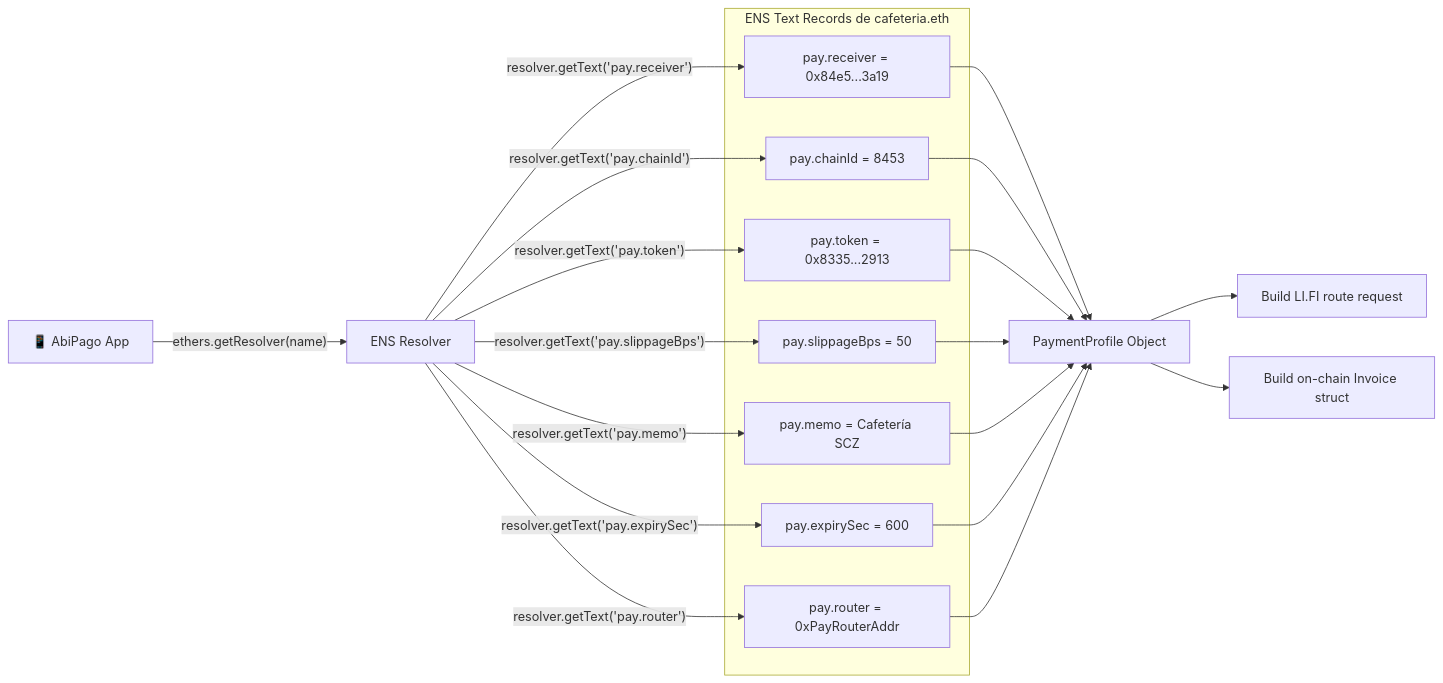
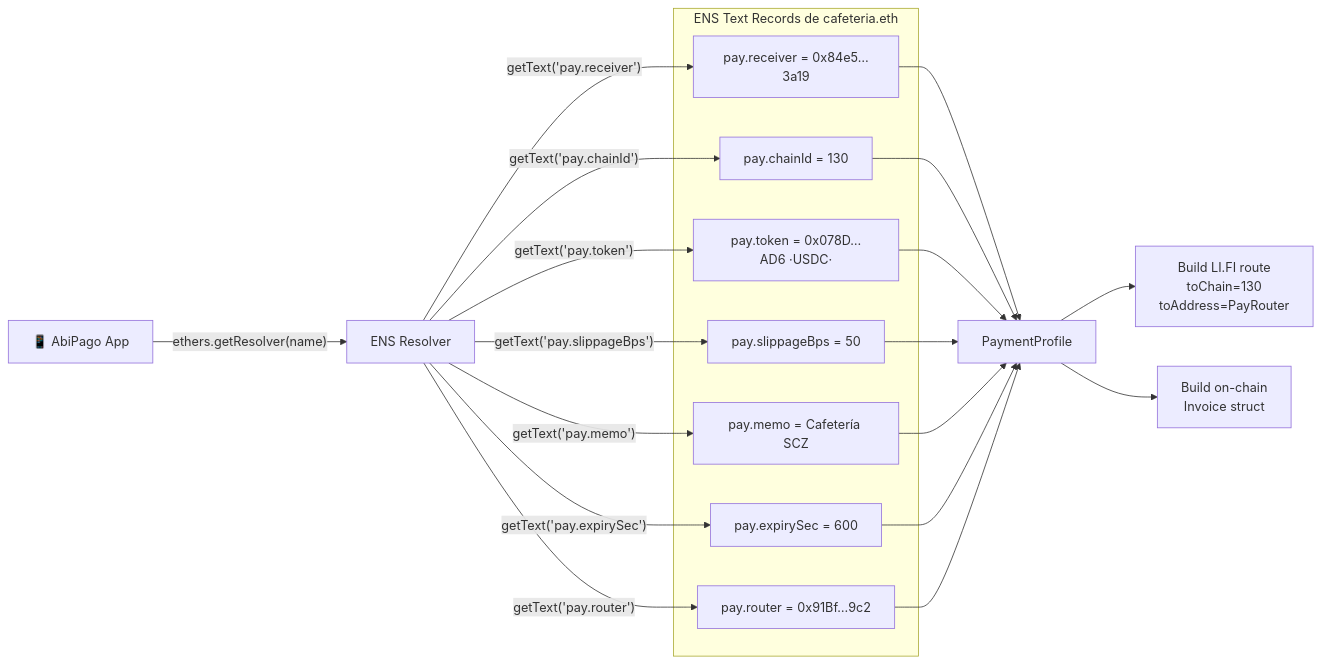
One commit to danelerr/htm-abipago changed the seventh of 11 diagrams in docs/architecture.md. Above: the diagram before and after it, drawn with Mermaid. The commit also changed other lines of this file, not shown here.

Commit message:
add architecture diagrams

````diff
--- a/docs/architecture.md
+++ b/docs/architecture.md
@@ -229,33 +355,33 @@
 ```mermaid
 graph LR
     subgraph "ENS Text Records de cafeteria.eth"
-        R1["pay.receiver = 0x84e5...3a19"]
-        R2["pay.chainId = 8453"]
-        R3["pay.token = 0x8335...2913"]
+        R1["pay.receiver = 0x84e5…3a19"]
+        R2["pay.chainId = 130"]
+        R3["pay.token = 0x078D…AD6 ·USDC·"]
         R4["pay.slippageBps = 50"]
         R5["pay.memo = Cafetería SCZ"]
         R6["pay.expirySec = 600"]
-        R7["pay.router = 0xPayRouterAddr"]
+        R7["pay.router = 0x91Bf…9c2"]
     end
 
     APP["📱 AbiPago App"]
     APP -->|"ethers.getResolver(name)"| RESOLVER["ENS Resolver"]
-    RESOLVER -->|"resolver.getText('pay.receiver')"| R1
-    RESOLVER -->|"resolver.getText('pay.chainId')"| R2
-    RESOLVER -->|"resolver.getText('pay.token')"| R3
-    RESOLVER -->|"resolver.getText('pay.slippageBps')"| R4
-    RESOLVER -->|"resolver.getText('pay.memo')"| R5
-    RESOLVER -->|"resolver.getText('pay.expirySec')"| R6
-    RESOLVER -->|"resolver.getText('pay.router')"| R7
+    RESOLVER -->|"getText('pay.receiver')"| R1
+    RESOLVER -->|"getText('pay.chainId')"| R2
+    RESOLVER -->|"getText('pay.token')"| R3
+    RESOLVER -->|"getText('pay.slippageBps')"| R4
+    RESOLVER -->|"getText('pay.memo')"| R5
+    RESOLVER -->|"getText('pay.expirySec')"| R6
+    RESOLVER -->|"getText('pay.router')"| R7
 
-    R1 --> PROFILE["PaymentProfile Object"]
+    R1 --> PROFILE["PaymentProfile"]
     R2 --> PROFILE
     R3 --> PROFILE
     R4 --> PROFILE
     R5 --> PROFILE
     R6 --> PROFILE
     R7 --> PROFILE
 
-    PROFILE --> LIFI["Build LI.FI route request"]
-    PROFILE --> INVOICE["Build on-chain Invoice struct"]
+    PROFILE --> LIFI["Build LI.FI route<br/>toChain=130<br/>toAddress=PayRouter"]
+    PROFILE --> INVOICE["Build on-chain<br/>Invoice struct"]
 ```
````
